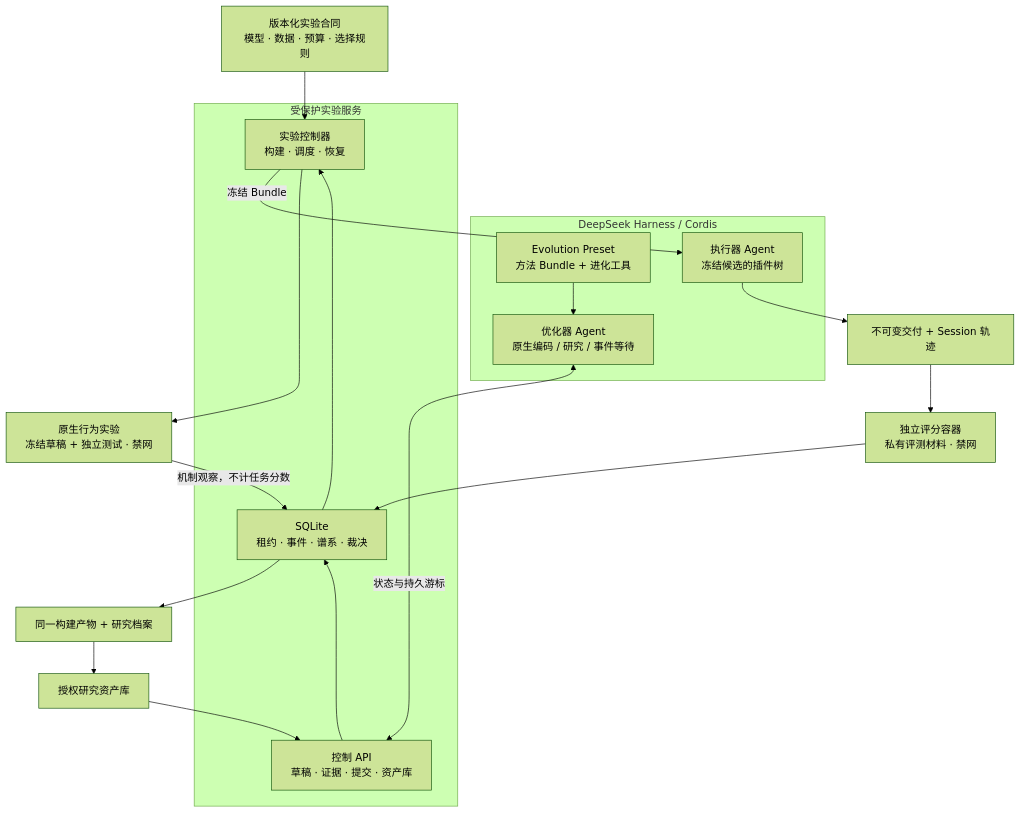
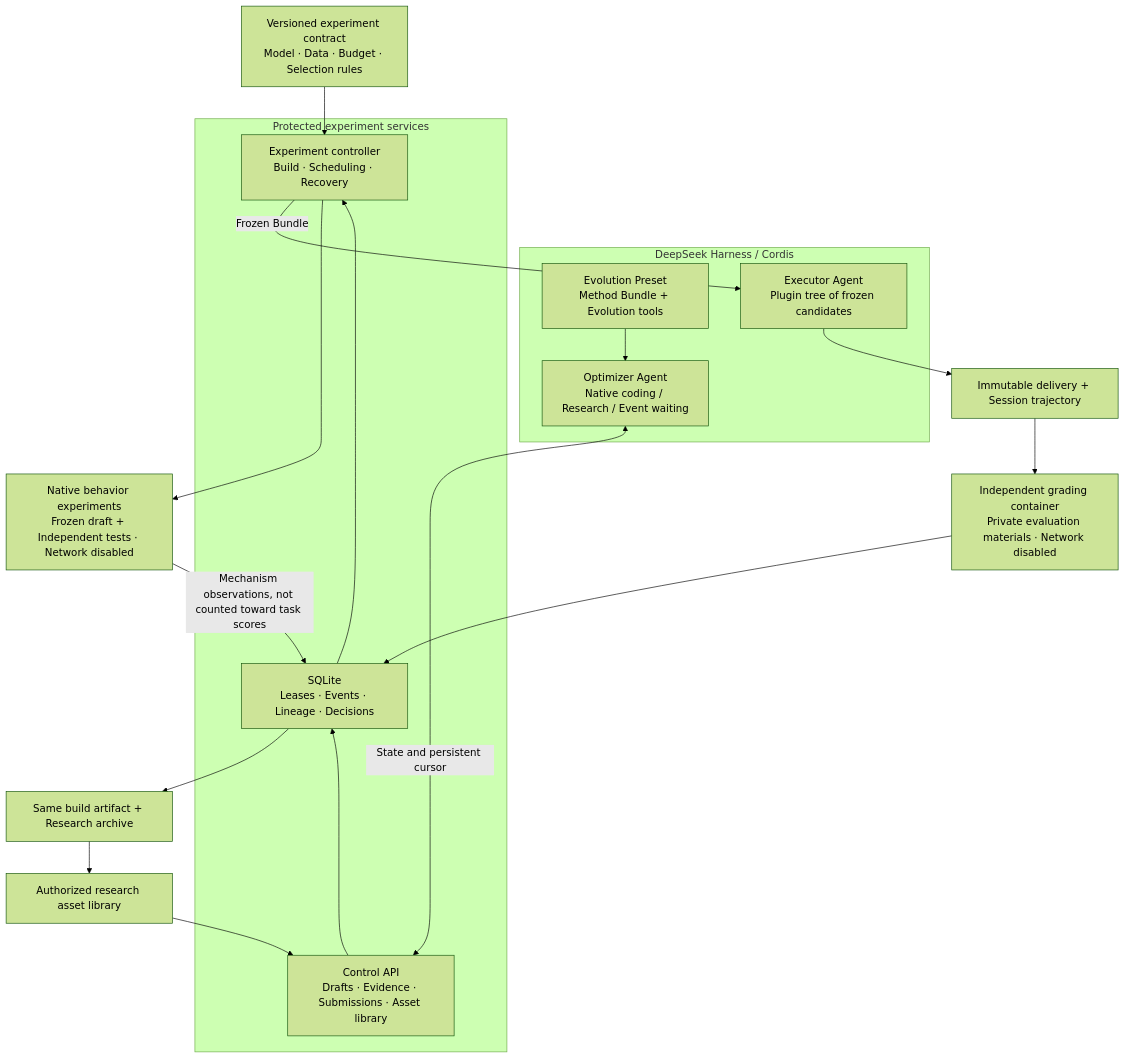
The first of 4 diagrams in docs/components.md (OLDyade/SparkVolve), drawn with Mermaid (forest theme) before and after one commit. The commit also changed other lines of this file and 92 other files, not shown here.

````diff
--- a/docs/components.md
+++ b/docs/components.md
@@ -7,28 +7,28 @@
 ```mermaid
 flowchart TB
-  Contract["版本化实验合同<br/>模型 · 数据 · 预算 · 选择规则"]
+  Contract["Versioned experiment contract<br/>Model · Data · Budget · Selection rules"]
   subgraph Native["DeepSeek Harness / Cordis"]
-    Preset["Evolution Preset<br/>方法 Bundle + 进化工具"]
-    Optimizer["优化器 Agent<br/>原生编码 / 研究 / 事件等待"]
-    Executor["执行器 Agent<br/>冻结候选的插件树"]
+    Preset["Evolution Preset<br/>Method Bundle + Evolution tools"]
+    Optimizer["Optimizer Agent<br/>Native coding / Research / Event waiting"]
+    Executor["Executor Agent<br/>Plugin tree of frozen candidates"]
     Preset --> Optimizer
   end
-  subgraph Protected["受保护实验服务"]
-    API["控制 API<br/>草稿 · 证据 · 提交 · 资产库"]
-    Store["SQLite<br/>租约 · 事件 · 谱系 · 裁决"]
-    Controller["实验控制器<br/>构建 · 调度 · 恢复"]
+  subgraph Protected["Protected experiment services"]
+    API["Control API<br/>Drafts · Evidence · Submissions · Asset library"]
+    Store["SQLite<br/>Leases · Events · Lineage · Decisions"]
+    Controller["Experiment controller<br/>Build · Scheduling · Recovery"]
     API --> Store
     Store --> Controller
   end
   Contract --> Controller
-  Optimizer <-->|"状态与持久游标"| API
-  Controller -->|"冻结 Bundle"| Executor
-  Controller --> Probe["原生行为实验<br/>冻结草稿 + 独立测试 · 禁网"]
-  Probe -->|"机制观察，不计任务分数"| Store
-  Executor --> Delivery["不可变交付 + Session 轨迹"]
-  Delivery --> Grader["独立评分容器<br/>私有评测材料 · 禁网"]
+  Optimizer <-->|"State and persistent cursor"| API
+  Controller -->|"Frozen Bundle"| Executor
+  Controller --> Probe["Native behavior experiments<br/>Frozen draft + Independent tests · Network disabled"]
+  Probe -->|"Mechanism observations, not counted toward task scores"| Store
+  Executor --> Delivery["Immutable delivery + Session trajectory"]
+  Delivery --> Grader["Independent grading container<br/>Private evaluation materials · Network disabled"]
   Grader --> Store
-  Store --> Export["同一构建产物 + 研究档案"]
-  Export --> Library["授权研究资产库"]
+  Store --> Export["Same build artifact + Research archive"]
+  Export --> Library["Authorized research asset library"]
   Library --> API
 ```
````
